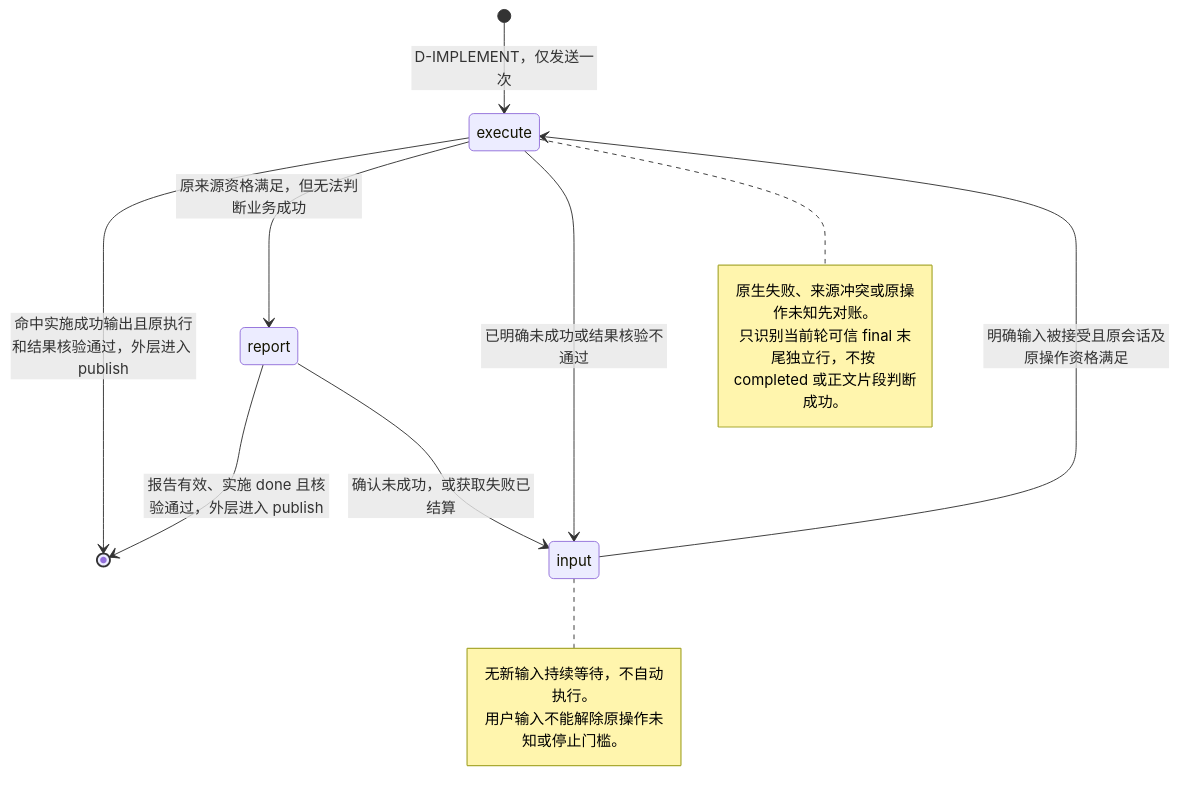
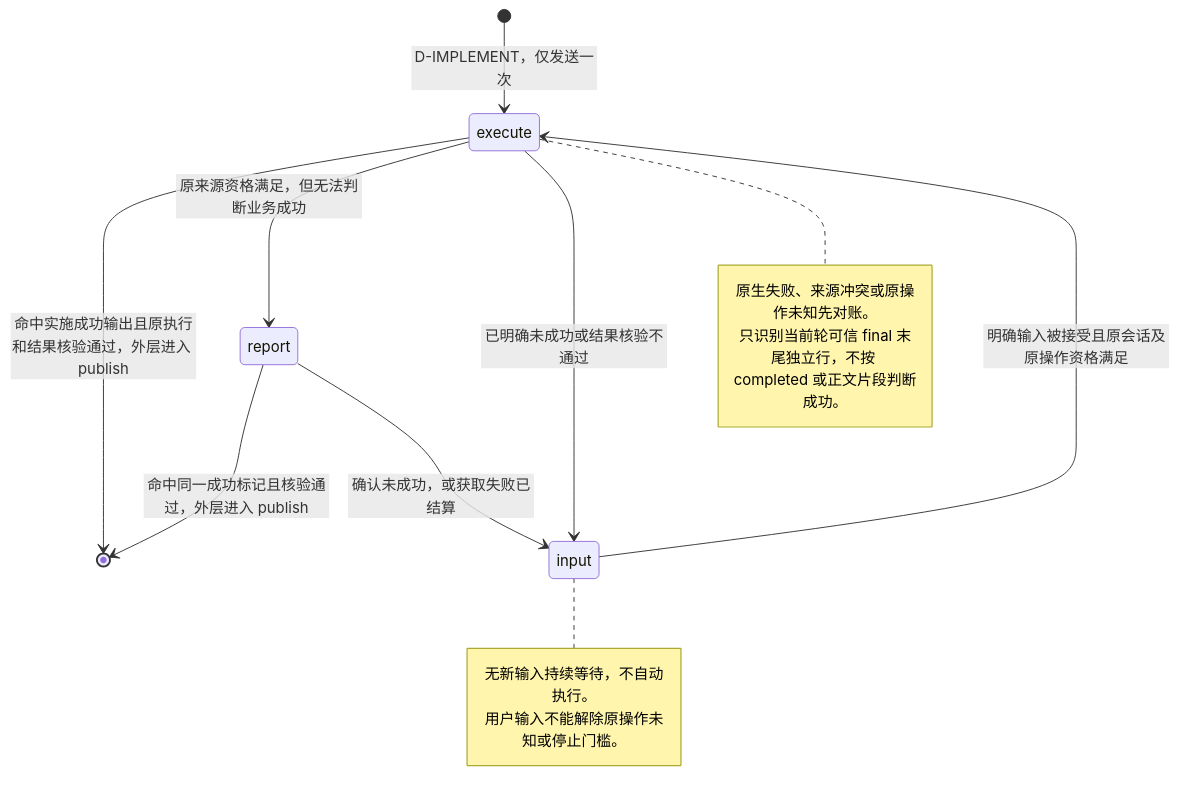
Before and after one commit to erranliu/SteerRunner: the second of 4 diagrams in docs/workflows/development.md, drawn with Mermaid. The commit also changed other lines of this file and 22 other files, not shown here.

````diff
--- a/docs/workflows/development.md
+++ b/docs/workflows/development.md
@@ -34,19 +34,19 @@
 ```mermaid
 stateDiagram-v2
   direction TB
   [*] --> execute: D-IMPLEMENT，仅发送一次
   execute --> [*]: 命中实施成功输出且原执行和结果核验通过，外层进入 publish
   execute --> report: 原来源资格满足，但无法判断业务成功
   execute --> input: 已明确未成功或结果核验不通过
-  report --> [*]: 报告有效、实施 done 且核验通过，外层进入 publish
+  report --> [*]: 命中同一成功标记且核验通过，外层进入 publish
   report --> input: 确认未成功，或获取失败已结算
   input --> execute: 明确输入被接受且原会话及原操作资格满足
   note right of execute
     原生失败、来源冲突或原操作未知先对账。
     只识别当前轮可信 final 末尾独立行，不按 completed 或正文片段判断成功。
   end note
   note right of input
     无新输入持续等待，不自动执行。
     用户输入不能解除原操作未知或停止门槛。
   end note
 ```
````
